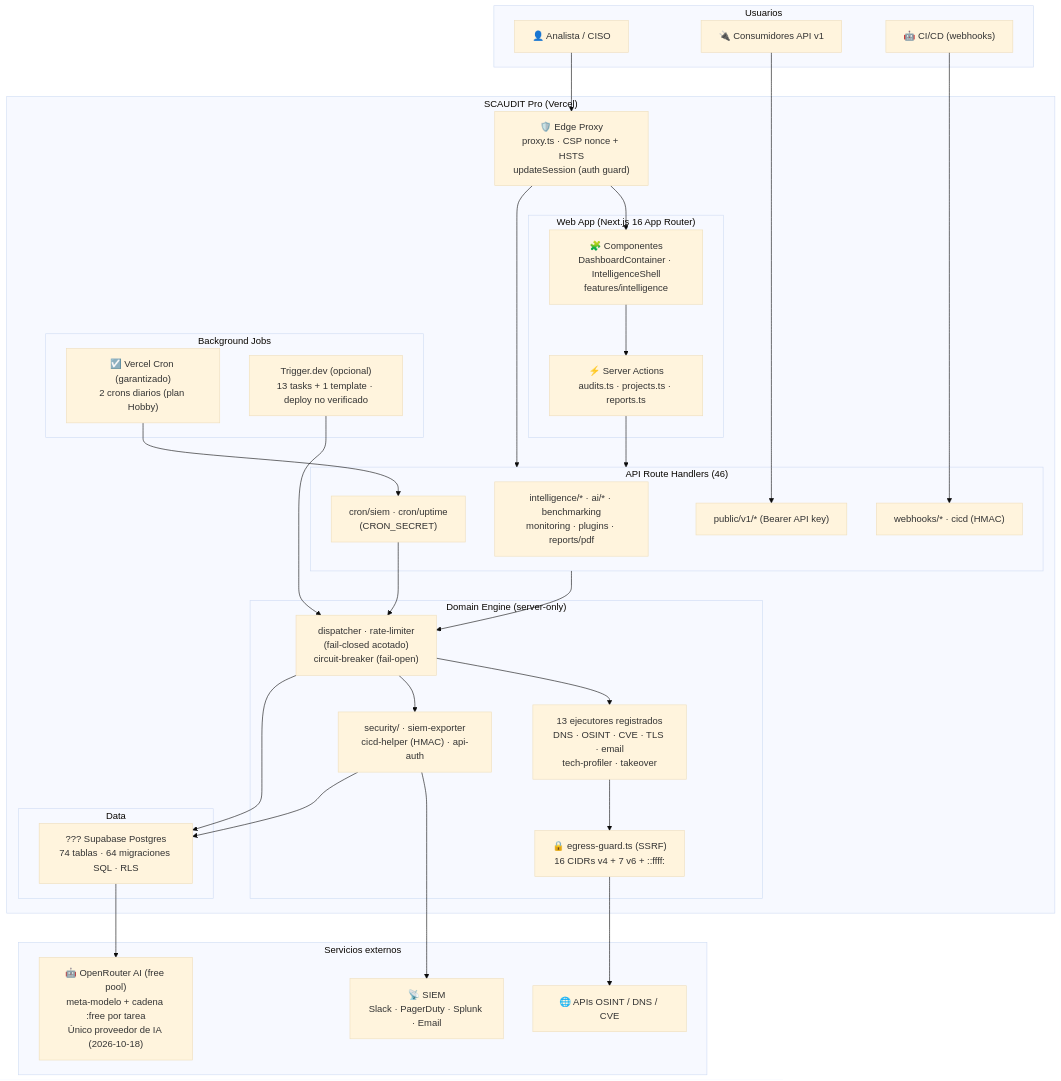
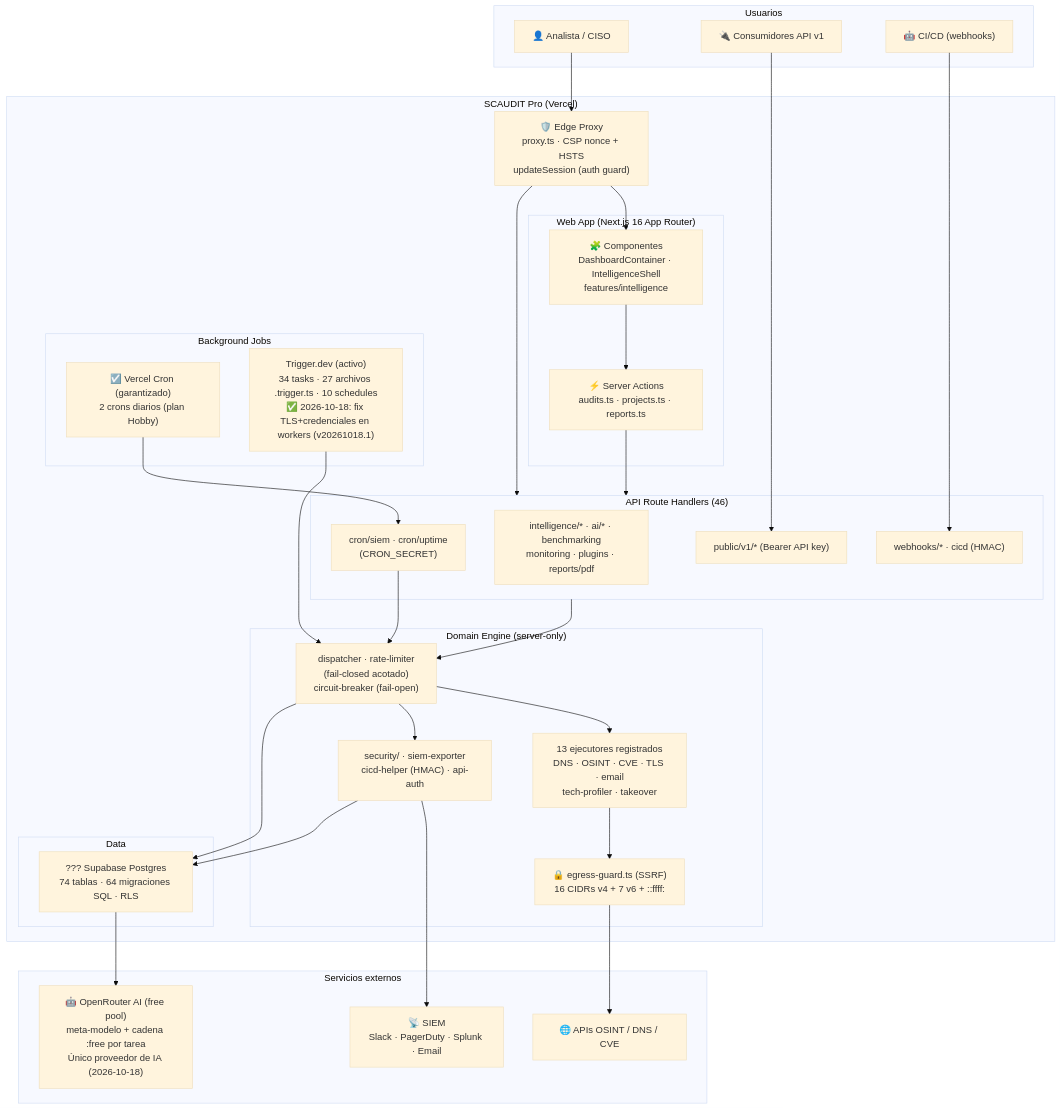
Before and after one commit to StrategicConnex/StrategicConnexAudit: the first of 14 diagrams in README.md, drawn with Mermaid (base theme). The commit also changed 1 other file, not shown here.

Commit message:
docs(trig): reparacion ejecutada de tasks Trigger.dev (TLS + credenciales workers)
- version deployada 20261018.1; 15 tasks desbloqueadas con runs reales COMPLETED
- verificador endurecido documentado; README C4 actualizado (10 schedules)
- nota de rotacion: las env vars del worker viven en el proyecto Trigger.dev

````diff
--- a/README.md
+++ b/README.md
@@ -215,66 +215,66 @@
 ```mermaid
 flowchart TB
     subgraph PERSONAS["Usuarios"]
         P1["👤 Analista / CISO"]
         P2["🔌 Consumidores API v1"]
         P3["🤖 CI/CD (webhooks)"]
     end
 
     subgraph SCAUDIT["SCAUDIT Pro (Vercel)"]
         EDGE["🛡️ Edge Proxy<br/>proxy.ts · CSP nonce + HSTS<br/>updateSession (auth guard)"]
 
         subgraph WEB["Web App (Next.js 16 App Router)"]
             UI["🧩 Componentes<br/>DashboardContainer · IntelligenceShell<br/>features/intelligence"]
             ACT["⚡ Server Actions<br/>audits.ts · projects.ts · reports.ts"]
         end
 
         subgraph API["API Route Handlers (46)"]
             API_IT["intelligence/* · ai/* · benchmarking<br/>monitoring · plugins · reports/pdf"]
             API_PUB["public/v1/* (Bearer API key)"]
             API_WEB["webhooks/* · cicd (HMAC)"]
             API_CRON["cron/siem · cron/uptime<br/>(CRON_SECRET)"]
         end
 
         subgraph DOMAIN["Domain Engine (server-only)"]
             CORE["dispatcher · rate-limiter<br/>(fail-closed acotado)<br/>circuit-breaker (fail-open)"]
             EXEC["13 ejecutores registrados<br/>DNS · OSINT · CVE · TLS · email<br/>tech-profiler · takeover"]
             EG["🔒 egress-guard.ts (SSRF)<br/>16 CIDRs v4 + 7 v6 + ::ffff:"]
             SEC["security/ · siem-exporter<br/>cicd-helper (HMAC) · api-auth"]
         end
 
         subgraph JOBS["Background Jobs"]
             VC["☑️ Vercel Cron (garantizado)<br/>2 crons diarios (plan Hobby)"]
-            TD["Trigger.dev (opcional)<br/>13 tasks + 1 template · deploy no verificado"]
+            TD["Trigger.dev (activo)<br/>34 tasks · 27 archivos .trigger.ts · 10 schedules<br/>✅ 2026-10-18: fix TLS+credenciales en workers (v20261018.1)"]
         end
 
         subgraph DATA["Data"]
             DB["??? Supabase Postgres<br/>74 tablas · 64 migraciones SQL · RLS"]
         end
     end
 
     subgraph EXT["Servicios externos"]
         AI["🤖 OpenRouter AI (free pool)<br/>meta-modelo + cadena :free por tarea<br/>Único proveedor de IA (2026-10-18)"]
         SIEM["📡 SIEM<br/>Slack · PagerDuty · Splunk · Email"]
         OSINT["🌐 APIs OSINT / DNS / CVE"]
     end
 
     P1 --> EDGE
     P2 --> API_PUB
     P3 --> API_WEB
     EDGE --> UI
     EDGE --> API
     UI --> ACT
     ACT --> API
     API --> CORE
     CORE --> EXEC
     EXEC --> EG
     EG --> OSINT
     CORE --> SEC
     SEC --> SIEM
     VC --> API_CRON
     API_CRON --> CORE
     TD --> CORE
     CORE --> DB
     DB --> AI
     SEC --> DB
 ```
````
